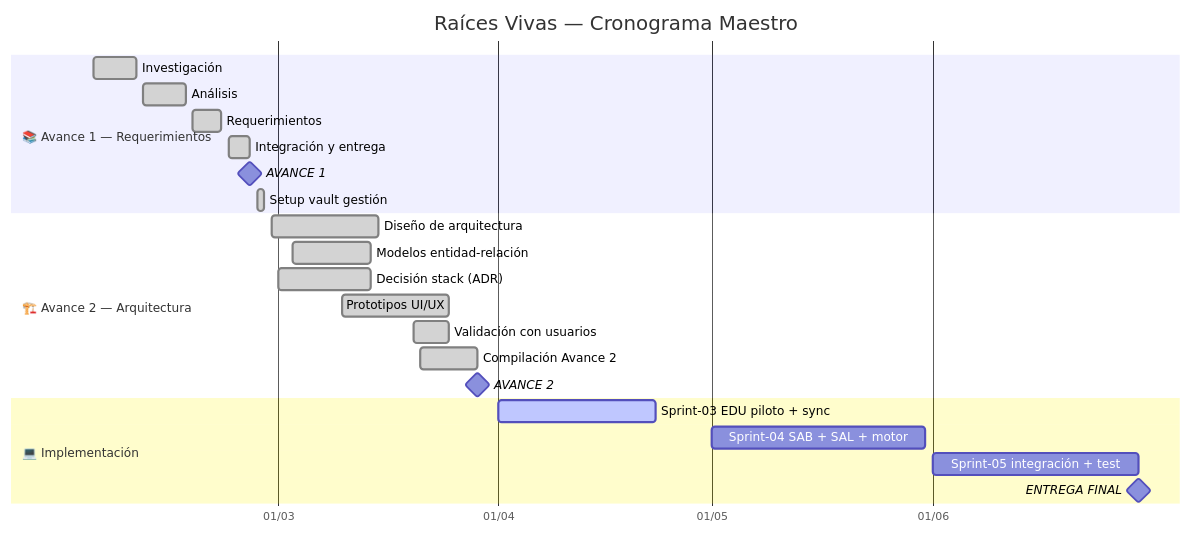
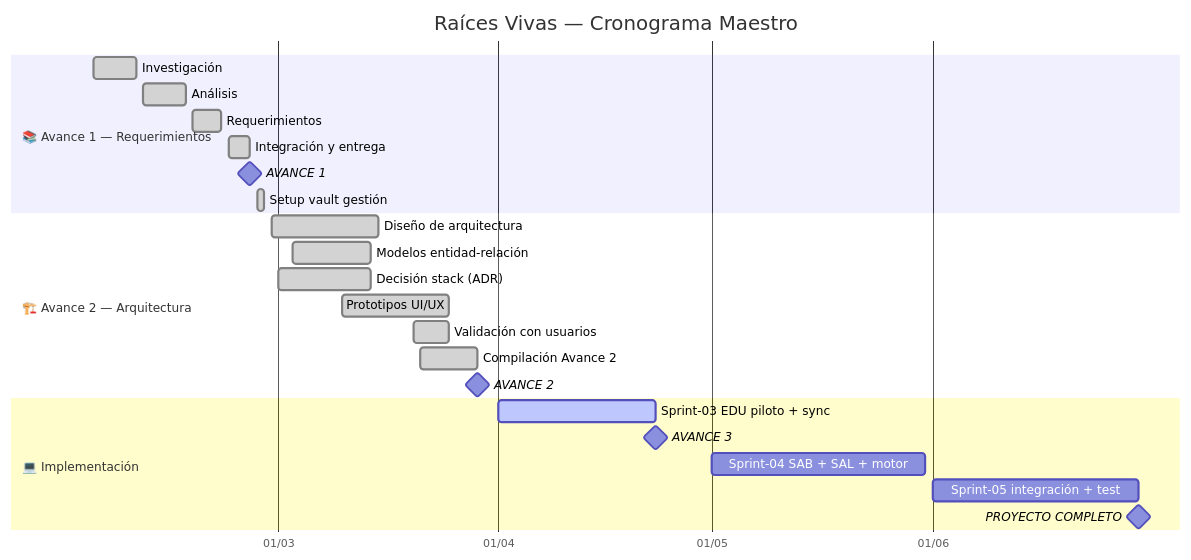
The first of 4 diagrams in 00-Dashboard/Roadmap.md (yonrasgg/RAICES_VIVAS), drawn with Mermaid before and after one commit. The commit also changed other lines of this file and 15 other files, not shown here.

````diff
--- a/00-Dashboard/Roadmap.md
+++ b/00-Dashboard/Roadmap.md
@@ -17,30 +17,31 @@
 ```mermaid
 gantt
     title Raíces Vivas — Cronograma Maestro
     dateFormat YYYY-MM-DD
     axisFormat %d/%m
     todayMarker stroke-width:3px,stroke:#f66,opacity:0.8
 
     section 📚 Avance 1 — Requerimientos
     Investigación           :done,   a1, 2026-02-03, 2026-02-09
     Análisis                :done,   a2, 2026-02-10, 2026-02-16
     Requerimientos          :done,   a3, 2026-02-17, 2026-02-21
     Integración y entrega   :done,   a4, 2026-02-22, 2026-02-25
     AVANCE 1                :milestone, m1, 2026-02-25, 0d
     Setup vault gestión     :done,   a5, 2026-02-26, 2026-02-27
 
     section 🏗️ Avance 2 — Arquitectura
     Diseño de arquitectura  :done,   b1, 2026-02-28, 2026-03-15
     Modelos entidad-relación:done,   b2, 2026-03-03, 2026-03-14
     Decisión stack (ADR)    :done,   b3, 2026-03-01, 2026-03-14
     Prototipos UI/UX        :done,   b4, 2026-03-10, 2026-03-25
     Validación con usuarios :done,   b5, 2026-03-20, 2026-03-25
     Compilación Avance 2    :done,   b6, 2026-03-21, 2026-03-29
     AVANCE 2                :milestone, m2, 2026-03-29, 0d
 
     section 💻 Implementación
     Sprint-03 EDU piloto + sync  :active,  c1, 2026-04-01, 2026-04-23
+    AVANCE 3                :milestone, m3, 2026-04-23, 0d
     Sprint-04 SAB + SAL + motor  :        c2, 2026-05-01, 2026-05-31
     Sprint-05 integración + test :        c3, 2026-06-01, 2026-06-30
-    ENTREGA FINAL           :milestone, m3, 2026-06-30, 0d
+    PROYECTO COMPLETO       :milestone, m4, 2026-06-30, 0d
 ```
````
